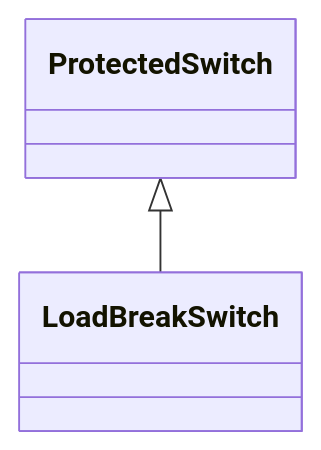
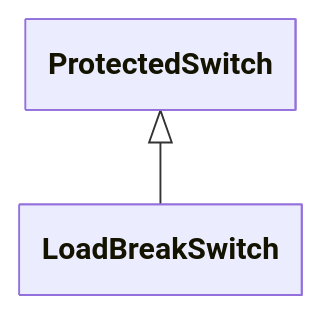
One commit to cim-cgmes/cim-cgmes.github.io changed the diagram in pages/docs/Classes/LoadBreakSwitch.md. Above: the diagram before and after it, drawn with Mermaid. The commit also changed 561 other files, not shown here.

````diff
--- a/pages/docs/Classes/LoadBreakSwitch.md
+++ b/pages/docs/Classes/LoadBreakSwitch.md
@@ -7,4 +7,10 @@
 ```mermaid
+---
+  config:
+    class:
+      hideEmptyMembersBox: true
+---
 classDiagram
     ProtectedSwitch <|-- LoadBreakSwitch
+    click ProtectedSwitch href "ProtectedSwitch"
 ```
````
